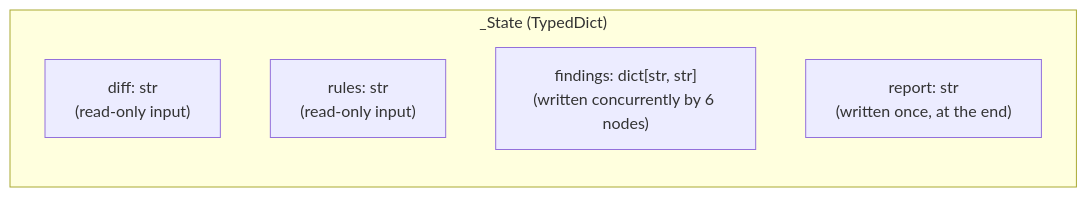
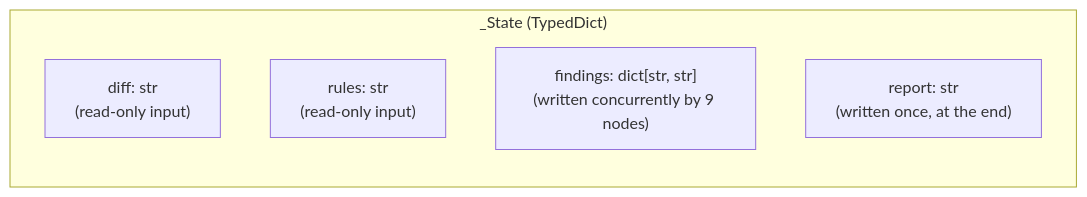
One commit to surajkoditala/humaid-risk-governance changed the second of 6 diagrams in docs/architecture/dev-harness-technical.md. Above: the diagram before and after it, drawn with Mermaid. The commit also changed other lines of this file and 4 other files, not shown here.

````diff
--- a/docs/architecture/dev-harness-technical.md
+++ b/docs/architecture/dev-harness-technical.md
@@ -80,9 +74,9 @@
 ```mermaid
 flowchart LR
     subgraph state["_State (TypedDict)"]
         D["diff: str<br/>(read-only input)"]
         R["rules: str<br/>(read-only input)"]
-        F["findings: dict[str, str]<br/>(written concurrently by 6 nodes)"]
+        F["findings: dict[str, str]<br/>(written concurrently by 9 nodes)"]
         REP["report: str<br/>(written once, at the end)"]
     end
 ```
````
